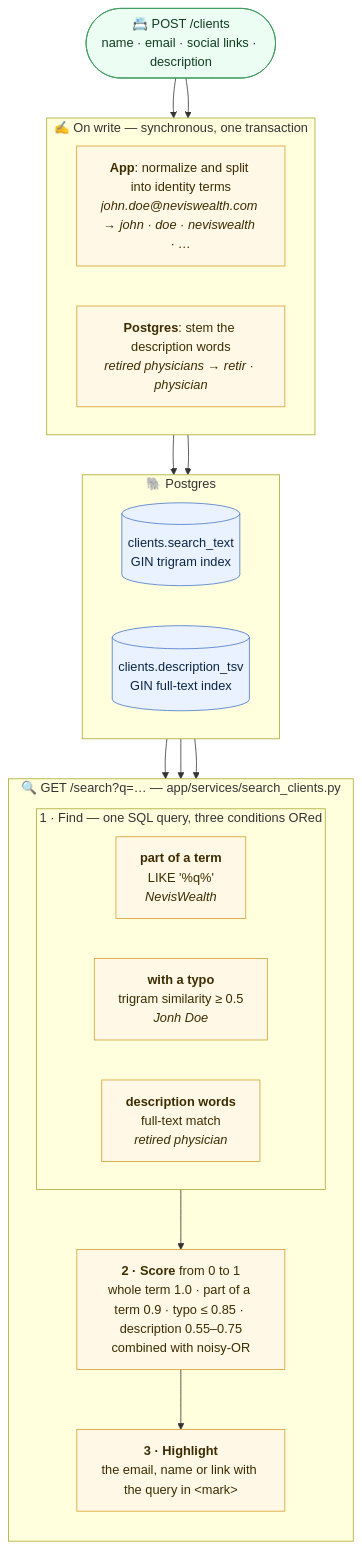
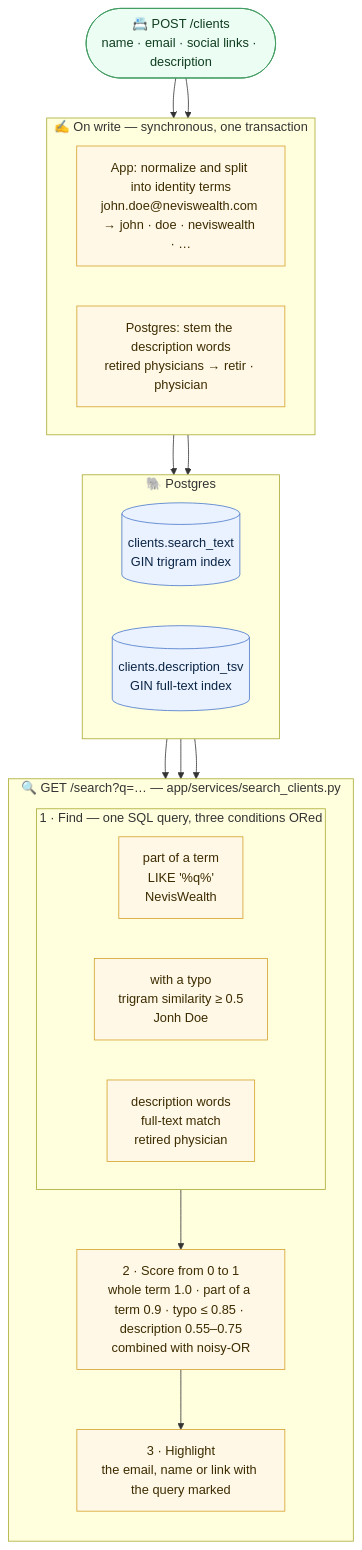
The first of 3 diagrams in README.md (refined/neviswealth), drawn with Mermaid before and after one commit. The commit also changed other lines of this file, not shown here.

Commit message:
Render README diagrams with SVG labels so GitHub does not clip them

````diff
--- a/README.md
+++ b/README.md
@@ -61,43 +61,44 @@
 ```mermaid
+%%{init: {"flowchart": {"htmlLabels": false}}}%%
 flowchart TB
     input(["📇 POST /clients<br/>name · email · social links · description"])
 
     subgraph write["✍️ On write — synchronous, one transaction"]
         direction LR
-        split["<b>App</b>: normalize and split into identity terms<br/><i>john.doe@neviswealth.com → john · doe · neviswealth · …</i>"]
-        stem["<b>Postgres</b>: stem the description words<br/><i>retired physicians → retir · physician</i>"]
+        split["App: normalize and split into identity terms<br/>john.doe@neviswealth.com → john · doe · neviswealth · …"]
+        stem["Postgres: stem the description words<br/>retired physicians → retir · physician"]
     end
 
     subgraph db["🐘 Postgres"]
         direction LR
         search_text[("clients.search_text<br/>GIN trigram index")]
         description_tsv[("clients.description_tsv<br/>GIN full-text index")]
     end
 
     input --> split & stem
     split --> search_text
     stem --> description_tsv
 
     subgraph search["🔍 GET /search?q=… — app/services/search_clients.py"]
         direction TB
         subgraph find["1 · Find — one SQL query, three conditions ORed"]
             direction LR
-            part["<b>part of a term</b><br/>LIKE '%q%'<br/><i>NevisWealth</i>"]
-            typo["<b>with a typo</b><br/>trigram similarity ≥ 0.5<br/><i>Jonh Doe</i>"]
-            words["<b>description words</b><br/>full-text match<br/><i>retired physician</i>"]
+            part["part of a term<br/>LIKE '%q%'<br/>NevisWealth"]
+            typo["with a typo<br/>trigram similarity ≥ 0.5<br/>Jonh Doe"]
+            words["description words<br/>full-text match<br/>retired physician"]
         end
-        score["<b>2 · Score</b> from 0 to 1<br/>whole term 1.0 · part of a term 0.9 · typo ≤ 0.85 · description 0.55–0.75<br/>combined with noisy-OR"]
-        highlight["<b>3 · Highlight</b><br/>the email, name or link with the query in &lt;mark&gt;"]
+        score["2 · Score from 0 to 1<br/>whole term 1.0 · part of a term 0.9 · typo ≤ 0.85 · description 0.55–0.75<br/>combined with noisy-OR"]
+        highlight["3 · Highlight<br/>the email, name or link with the query marked"]
         find --> score --> highlight
     end
 
     search_text --> part & typo
     description_tsv --> words
 
     classDef io fill:#ecfdf3,stroke:#3f9b5f,color:#0f3d1f
     classDef step fill:#fff8e6,stroke:#d4a12a,color:#3d2c00
     classDef store fill:#eaf2ff,stroke:#4a78c9,color:#0b2545
     class input io
     class split,stem,part,typo,words,score,highlight step
     class search_text,description_tsv store
 ```
````
